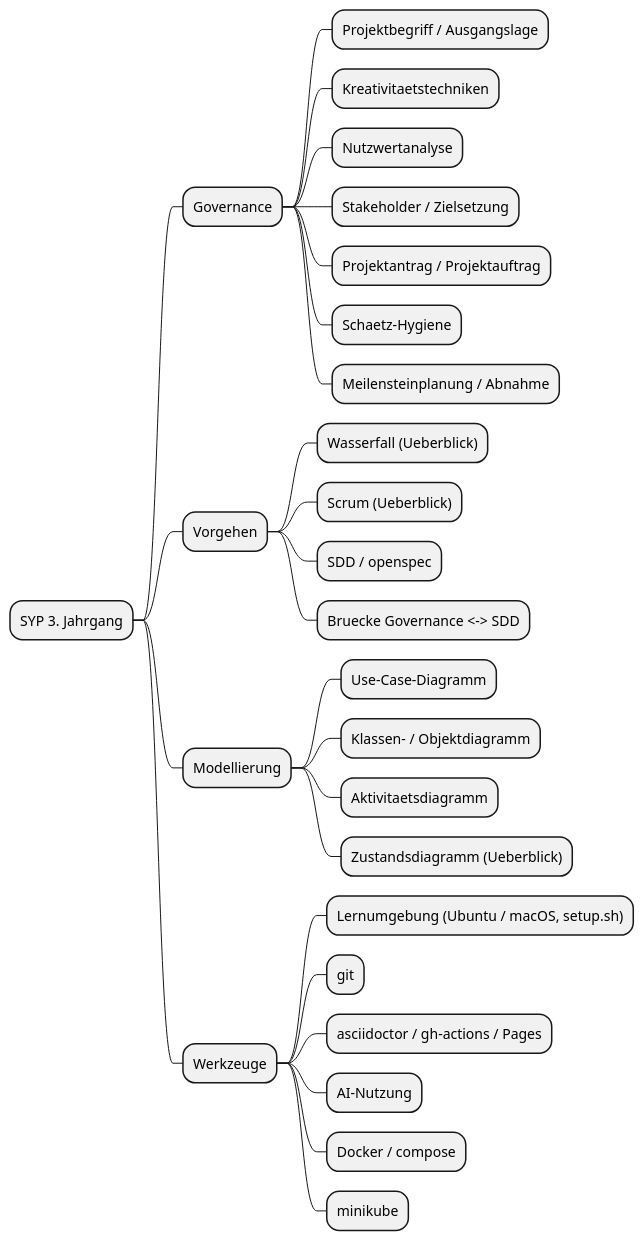
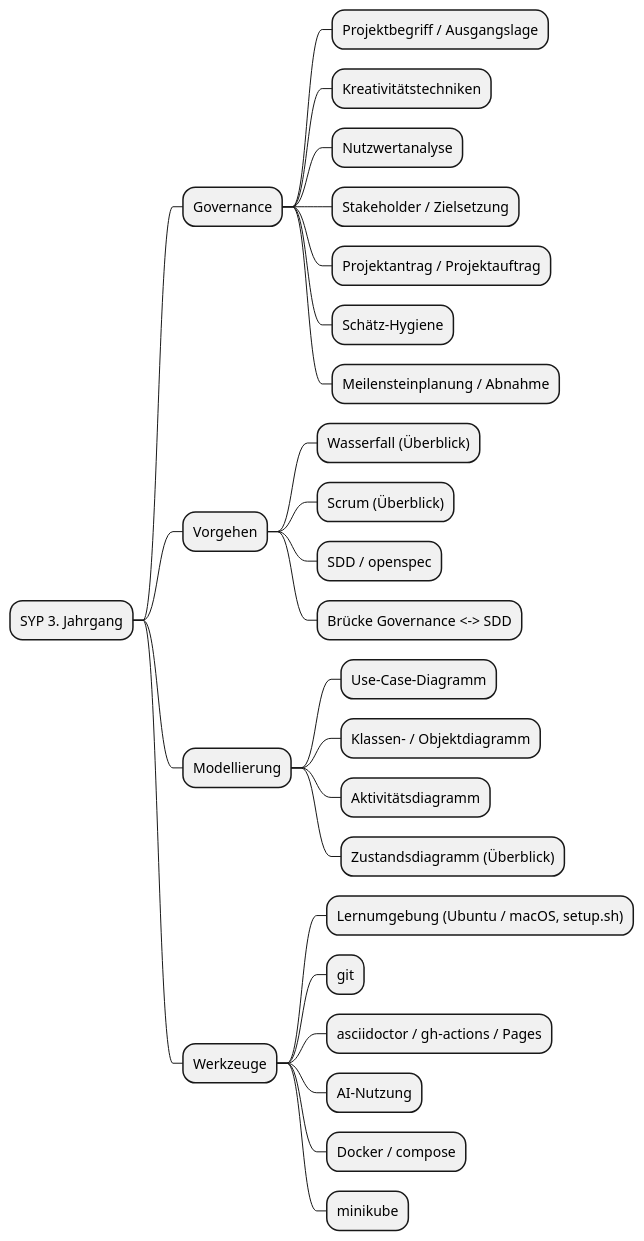
The second of 2 diagrams in openspec/changes/define-syp3-curriculum/design.md (htl-leonding-college/curriculum-syp3), drawn with PlantUML before and after one commit. The commit also changed other lines of this file and 83 other files, not shown here.

````diff
--- a/openspec/changes/define-syp3-curriculum/design.md
+++ b/openspec/changes/define-syp3-curriculum/design.md
@@ -323,30 +323,30 @@
 ```plantuml
 @startmindmap
 * SYP 3. Jahrgang
 ** Governance
 *** Projektbegriff / Ausgangslage
-*** Kreativitaetstechniken
+*** Kreativitätstechniken
 *** Nutzwertanalyse
 *** Stakeholder / Zielsetzung
 *** Projektantrag / Projektauftrag
-*** Schaetz-Hygiene
+*** Schätz-Hygiene
 *** Meilensteinplanung / Abnahme
 ** Vorgehen
-*** Wasserfall (Ueberblick)
-*** Scrum (Ueberblick)
+*** Wasserfall (Überblick)
+*** Scrum (Überblick)
 *** SDD / openspec
-*** Bruecke Governance <-> SDD
+*** Brücke Governance <-> SDD
 ** Modellierung
 *** Use-Case-Diagramm
 *** Klassen- / Objektdiagramm
-*** Aktivitaetsdiagramm
-*** Zustandsdiagramm (Ueberblick)
+*** Aktivitätsdiagramm
+*** Zustandsdiagramm (Überblick)
 ** Werkzeuge
 *** Lernumgebung (Ubuntu / macOS, setup.sh)
 *** git
 *** asciidoctor / gh-actions / Pages
 *** AI-Nutzung
 *** Docker / compose
 *** minikube
 @endmindmap
 ```
````
